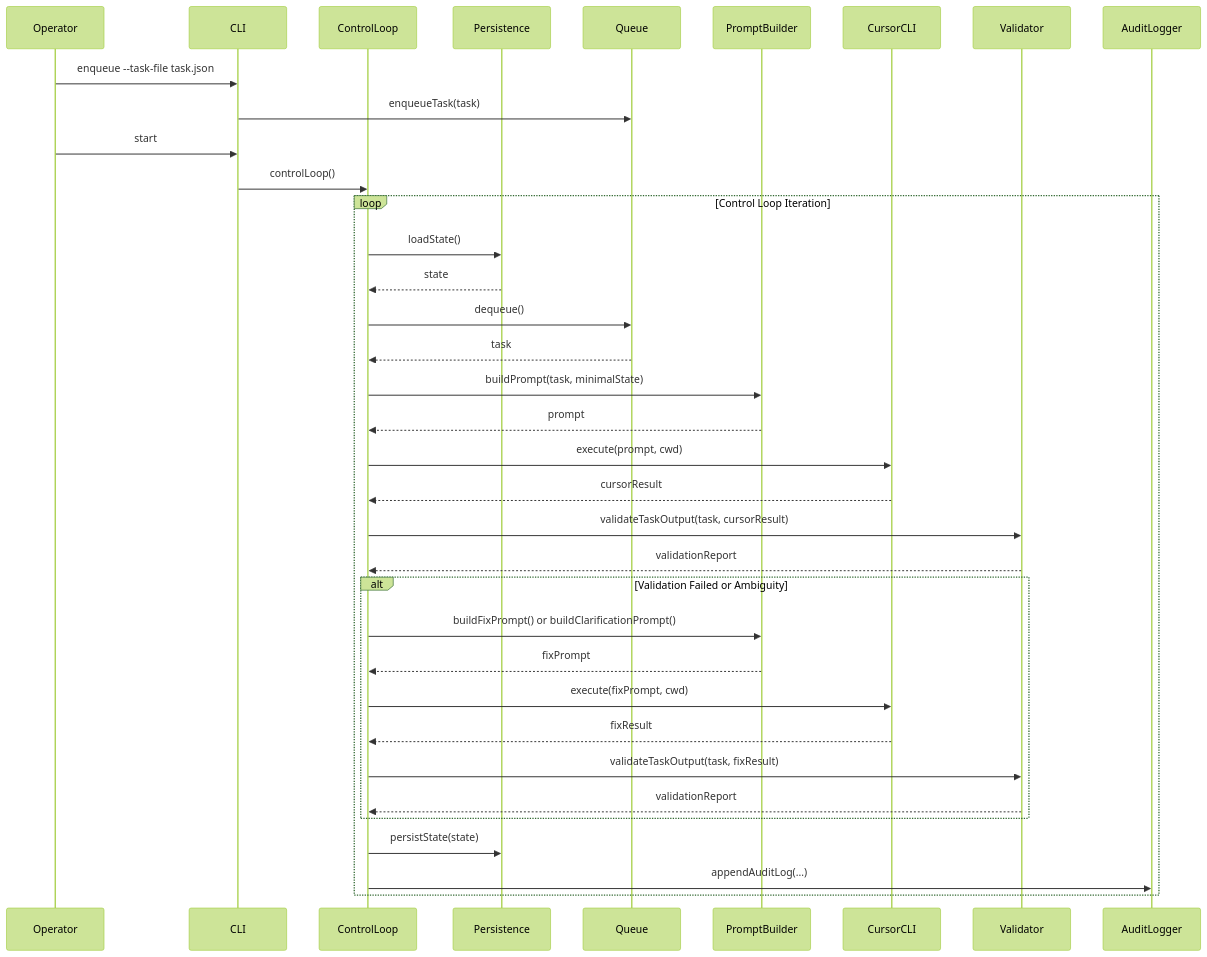
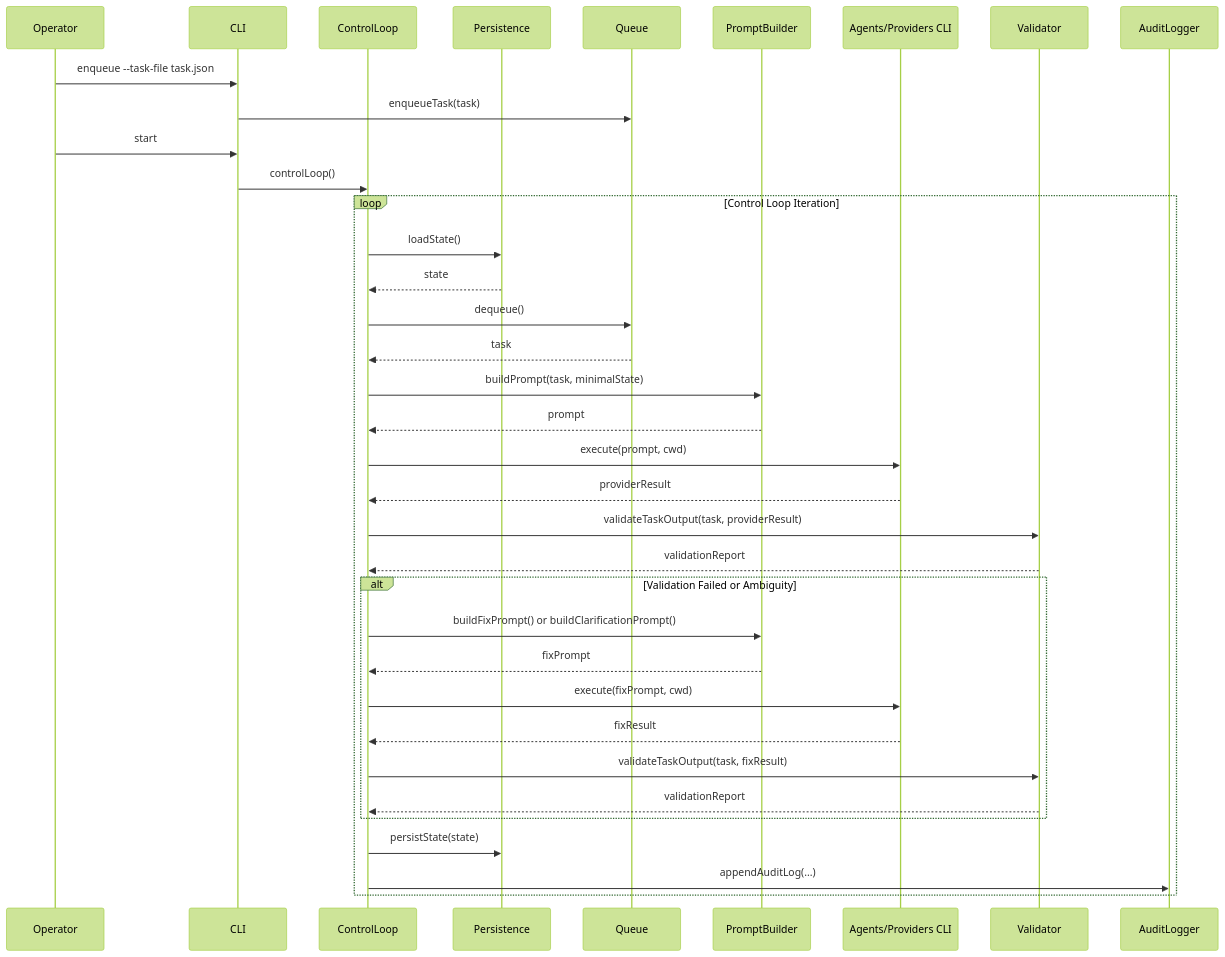
Before and after one commit to ai-supervisor-foundry/foundry: the second of 3 diagrams in docs/ARCHITECTURE_DETAILED.md, drawn with Mermaid (forest theme). The commit also changed other lines of this file and 10 other files, not shown here.

````diff
--- a/docs/ARCHITECTURE_DETAILED.md
+++ b/docs/ARCHITECTURE_DETAILED.md
@@ -535,47 +608,47 @@
 ```mermaid
 sequenceDiagram
     participant Operator
     participant CLI
     participant ControlLoop
     participant Persistence
     participant Queue
     participant PromptBuilder
-    participant CursorCLI
+    participant ProviderCLI as Agents/Providers CLI
     participant Validator
     participant AuditLogger
 
     Operator->>CLI: enqueue --task-file task.json
     CLI->>Queue: enqueueTask(task)
     
     Operator->>CLI: start
     CLI->>ControlLoop: controlLoop()
     
     loop Control Loop Iteration
         ControlLoop->>Persistence: loadState()
         Persistence-->>ControlLoop: state
         
         ControlLoop->>Queue: dequeue()
         Queue-->>ControlLoop: task
         
         ControlLoop->>PromptBuilder: buildPrompt(task, minimalState)
         PromptBuilder-->>ControlLoop: prompt
         
-        ControlLoop->>CursorCLI: execute(prompt, cwd)
-        CursorCLI-->>ControlLoop: cursorResult
+        ControlLoop->>ProviderCLI: execute(prompt, cwd)
+        ProviderCLI-->>ControlLoop: providerResult
         
-        ControlLoop->>Validator: validateTaskOutput(task, cursorResult)
+        ControlLoop->>Validator: validateTaskOutput(task, providerResult)
         Validator-->>ControlLoop: validationReport
         
         alt Validation Failed or Ambiguity
             ControlLoop->>PromptBuilder: buildFixPrompt() or buildClarificationPrompt()
             PromptBuilder-->>ControlLoop: fixPrompt
-            ControlLoop->>CursorCLI: execute(fixPrompt, cwd)
-            CursorCLI-->>ControlLoop: fixResult
+            ControlLoop->>ProviderCLI: execute(fixPrompt, cwd)
+            ProviderCLI-->>ControlLoop: fixResult
             ControlLoop->>Validator: validateTaskOutput(task, fixResult)
             Validator-->>ControlLoop: validationReport
         end
         
         ControlLoop->>Persistence: persistState(state)
         ControlLoop->>AuditLogger: appendAuditLog(...)
     end
 ```
````
